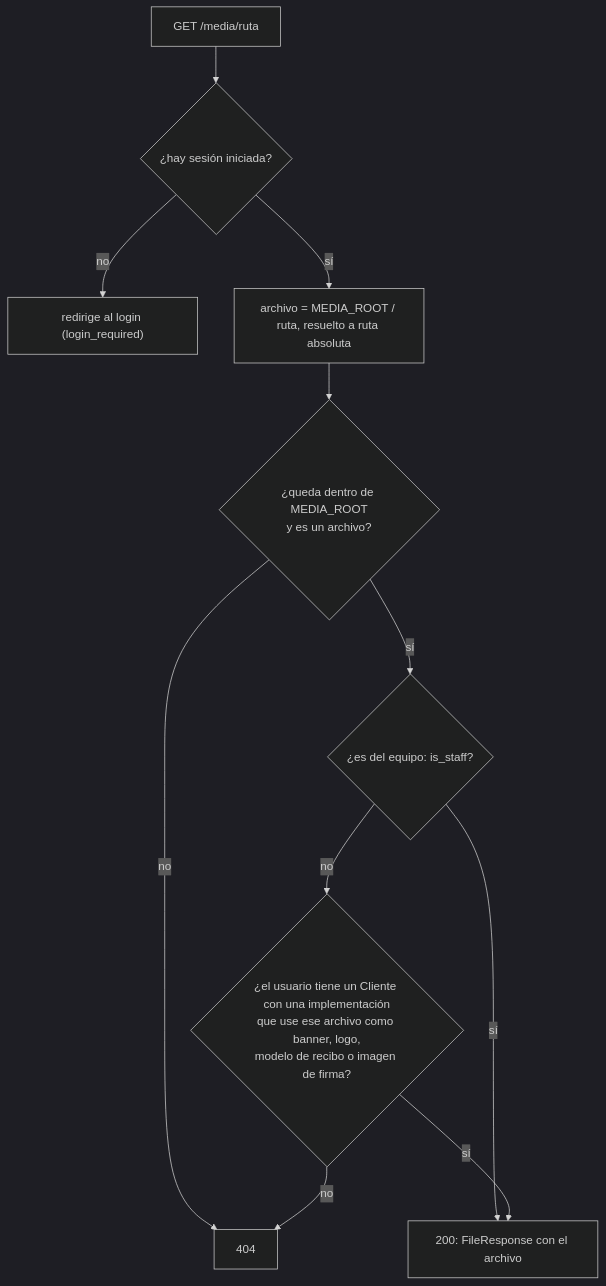
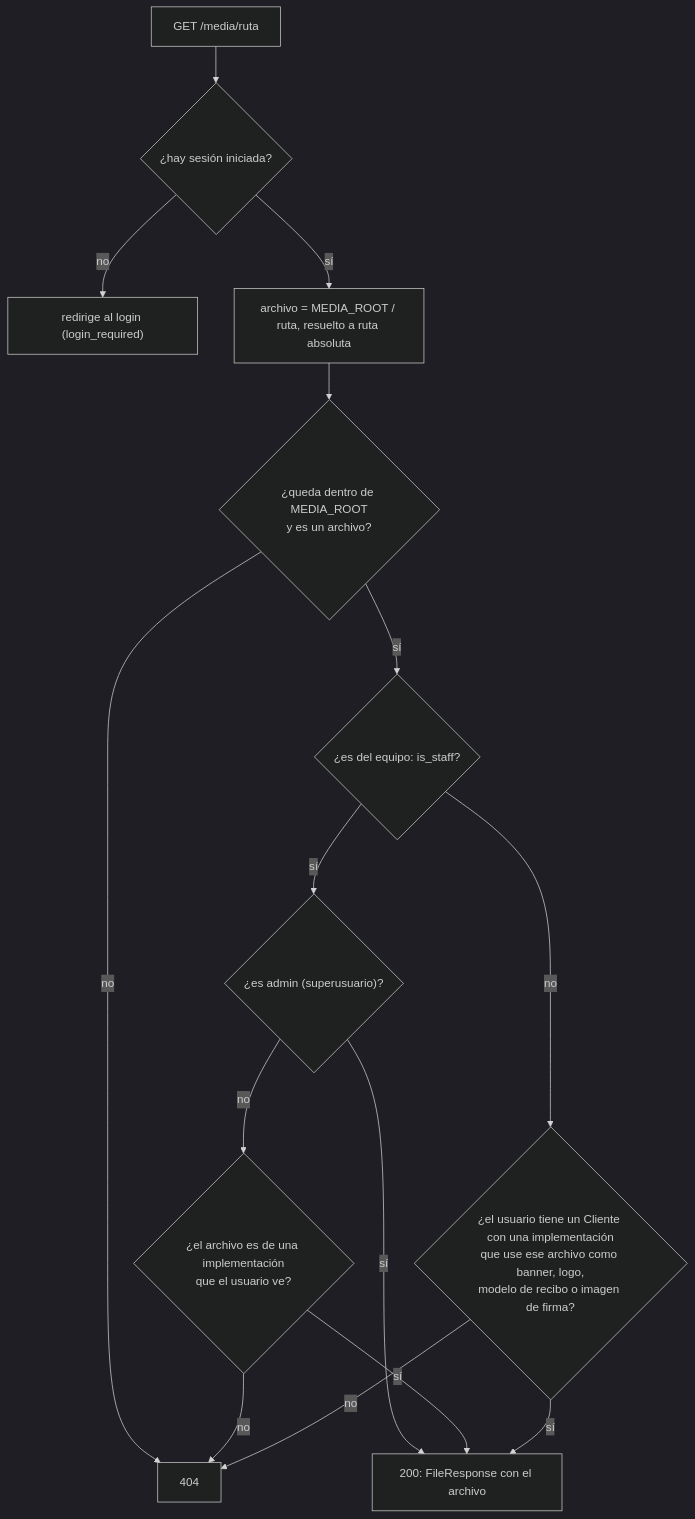
Diagram 14 of 24 in docs/modulos/clients-y-catalog.md (AluSkies/implementador.napsis), drawn with Mermaid (dark theme) before and after one commit. The commit also changed other lines of this file and 99 other files, not shown here.

````diff
--- a/docs/modulos/clients-y-catalog.md
+++ b/docs/modulos/clients-y-catalog.md
@@ -658,13 +658,17 @@
 ```mermaid
 flowchart TD
     A["GET /media/ruta"] --> B{"¿hay sesión iniciada?"}
     B -- no --> L["redirige al login (login_required)"]
     B -- sí --> C["archivo = MEDIA_ROOT / ruta, resuelto a ruta absoluta"]
     C --> D{"¿queda dentro de MEDIA_ROOT<br/>y es un archivo?"}
     D -- no --> N["404"]
     D -- sí --> E{"¿es del equipo: is_staff?"}
-    E -- sí --> OK["200: FileResponse con el archivo"]
+    E -- sí --> G{"¿es admin (superusuario)?"}
+    G -- sí --> OK["200: FileResponse con el archivo"]
+    G -- no --> H{"¿el archivo es de una implementación<br/>que el usuario ve?"}
+    H -- sí --> OK
+    H -- no --> N
     E -- no --> F{"¿el usuario tiene un Cliente con una implementación<br/>que use ese archivo como banner, logo,<br/>modelo de recibo o imagen de firma?"}
     F -- sí --> OK
     F -- no --> N
 ```
````
